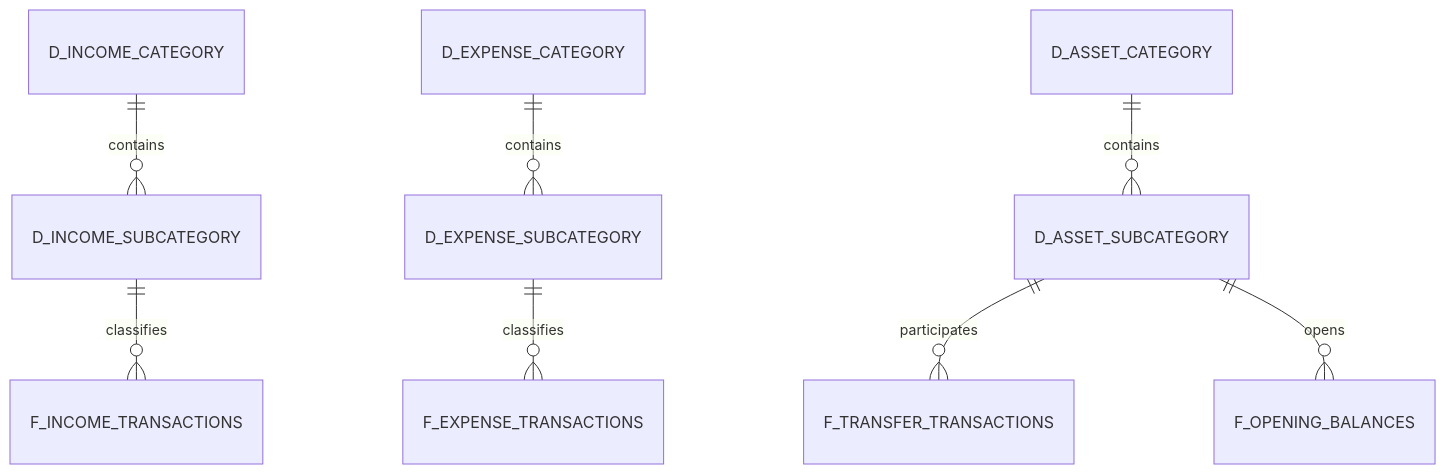
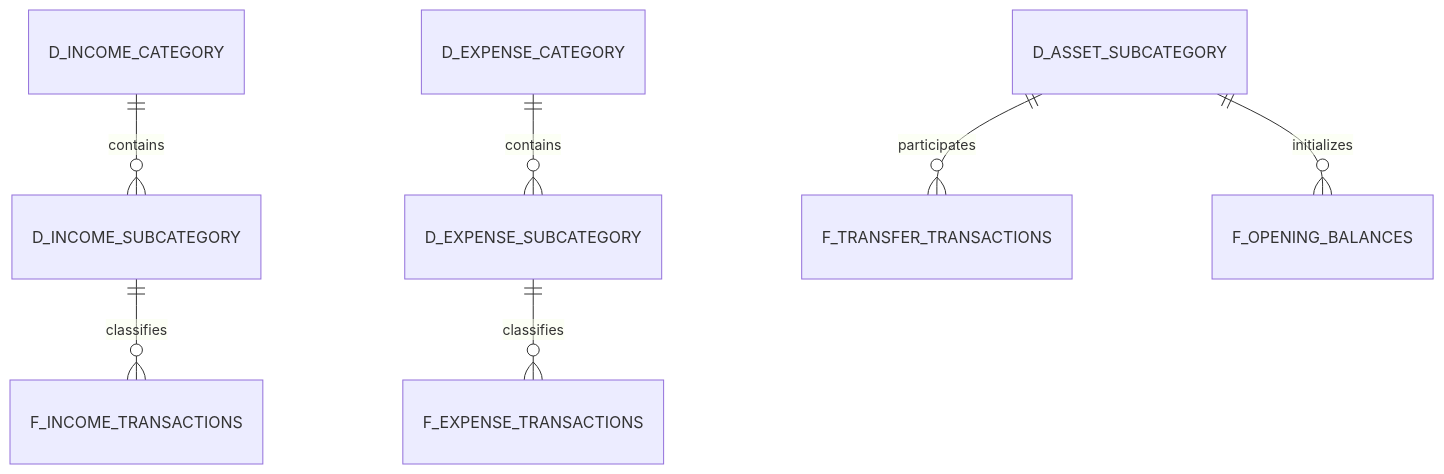
One commit to tks18/personal-finance-etl changed the fourth of 9 diagrams in docs/architecture/data-model.md. Above: the diagram before and after it, drawn with Mermaid. The commit also changed other lines of this file and 10 other files, not shown here.

Commit message:
docs: update docs/architecture for latest version

````diff
--- a/docs/architecture/data-model.md
+++ b/docs/architecture/data-model.md
@@ -102,10 +99,9 @@
 ```mermaid
 erDiagram
     D_INCOME_CATEGORY ||--o{ D_INCOME_SUBCATEGORY : contains
     D_INCOME_SUBCATEGORY ||--o{ F_INCOME_TRANSACTIONS : classifies
     D_EXPENSE_CATEGORY ||--o{ D_EXPENSE_SUBCATEGORY : contains
     D_EXPENSE_SUBCATEGORY ||--o{ F_EXPENSE_TRANSACTIONS : classifies
-    D_ASSET_CATEGORY ||--o{ D_ASSET_SUBCATEGORY : contains
     D_ASSET_SUBCATEGORY ||--o{ F_TRANSFER_TRANSACTIONS : participates
-    D_ASSET_SUBCATEGORY ||--o{ F_OPENING_BALANCES : opens
+    D_ASSET_SUBCATEGORY ||--o{ F_OPENING_BALANCES : initializes
 ```
````
